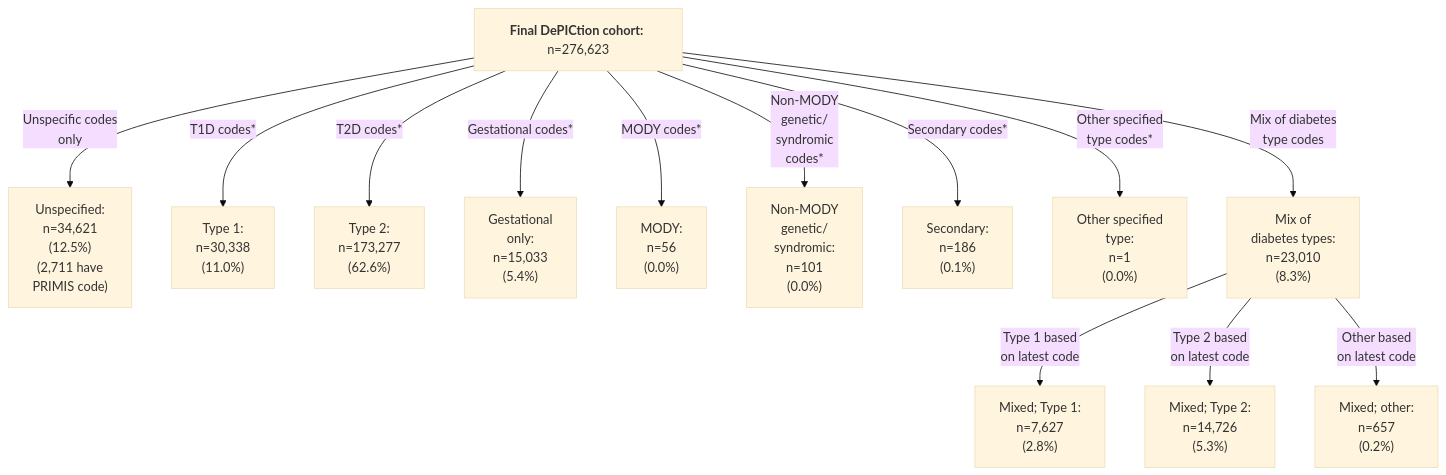
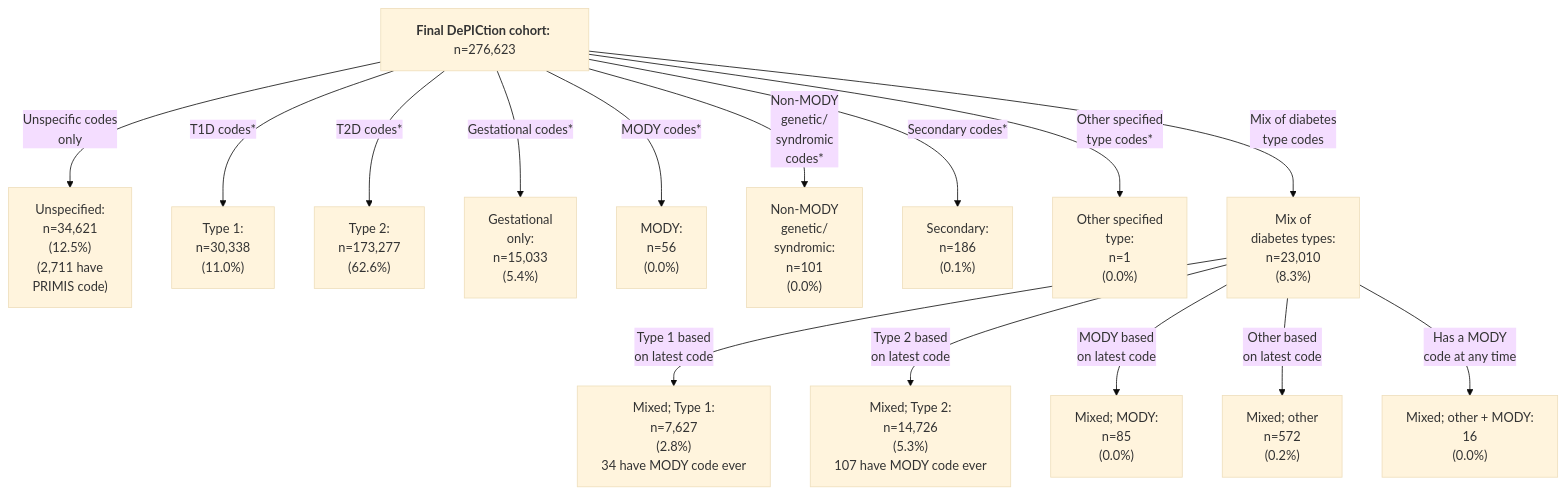
Before and after one commit to Exeter-Diabetes/CPRD-Katie-DePICtion-Scripts: the second of 4 diagrams in README.md, drawn with Mermaid (base theme).

````diff
--- a/README.md
+++ b/README.md
@@ -49,15 +49,17 @@
 ```mermaid
 graph TD;
     G["<b>Final DePICtion cohort:</b> n=276,623"] --> |"Unspecific codes<br>only"| H["Unspecified: <br>n=34,621<br>(12.5%)<br>(2,711 have<br>PRIMIS code)"]
     G --> |"T1D codes*"| I["Type 1: <br>n=30,338<br>(11.0%)"]
     G --> |"T2D codes*"| J["Type 2: <br>n=173,277<br>(62.6%)"]
     G --> |"Gestational codes*"| K["Gestational <br>only: <br>n=15,033<br>(5.4%)"]
     G --> |"MODY codes*"| L["MODY: <br>n=56<br>(0.0%)"]
     G --> |"Non-MODY <br>genetic/<br>syndromic <br>codes*"| M["Non-MODY <br>genetic/<br>syndromic: <br>n=101<br>(0.0%)"]
     G --> |"Secondary codes*"| N["Secondary: <br>n=186<br>(0.1%)"]
     G --> |"Other specified<br>type codes*"| P["Other specified<br>type: <br>n=1<br>(0.0%)"]  
     G --> |"Mix of diabetes<br>type codes"| Q["Mix of<br>diabetes types: <br>n=23,010<br>(8.3%)"]
-    Q --> |"Type 1 based<br>on latest code"| R["Mixed; Type 1: <br>n=7,627<br>(2.8%)"]
-    Q --> |"Type 2 based<br>on latest code"| S["Mixed; Type 2: <br>n=14,726<br>(5.3%)"]
-    Q --> |"Other based<br>on latest code"| T["Mixed; other: <br>n=657<br>(0.2%)"]
+    Q --> |"Type 1 based<br>on latest code"| R["Mixed; Type 1: <br>n=7,627<br>(2.8%)<br>34 have MODY code ever"]
+    Q --> |"Type 2 based<br>on latest code"| S["Mixed; Type 2: <br>n=14,726<br>(5.3%)<br>107 have MODY code ever"]
+    Q --> |"MODY based<br>on latest code"| T["Mixed; MODY: <br>n=85<br>(0.0%)"]
+    Q --> |"Other based<br>on latest code"| U["Mixed; other<br>n=572<br>(0.2%)"]
+    Q --> |"Has a MODY<br>code at any time"|V["Mixed; other + MODY: <br>16<br>(0.0%)"]
 ```
````
